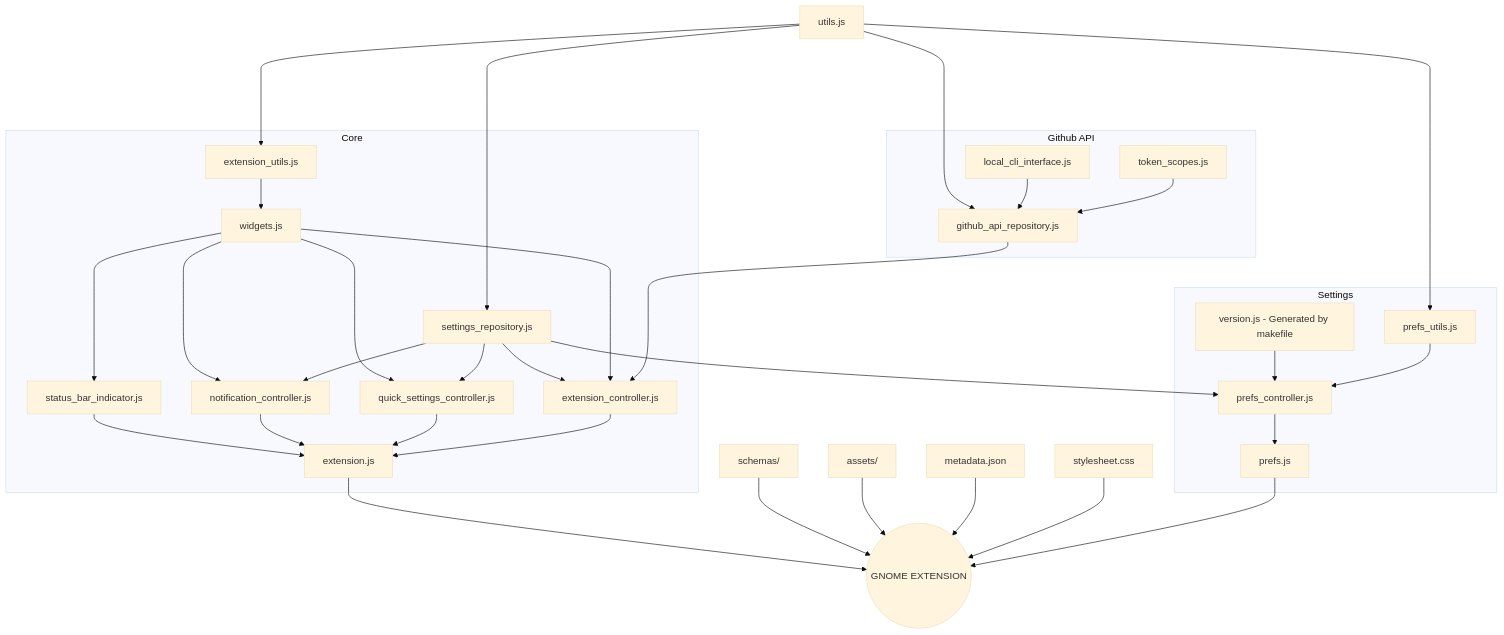
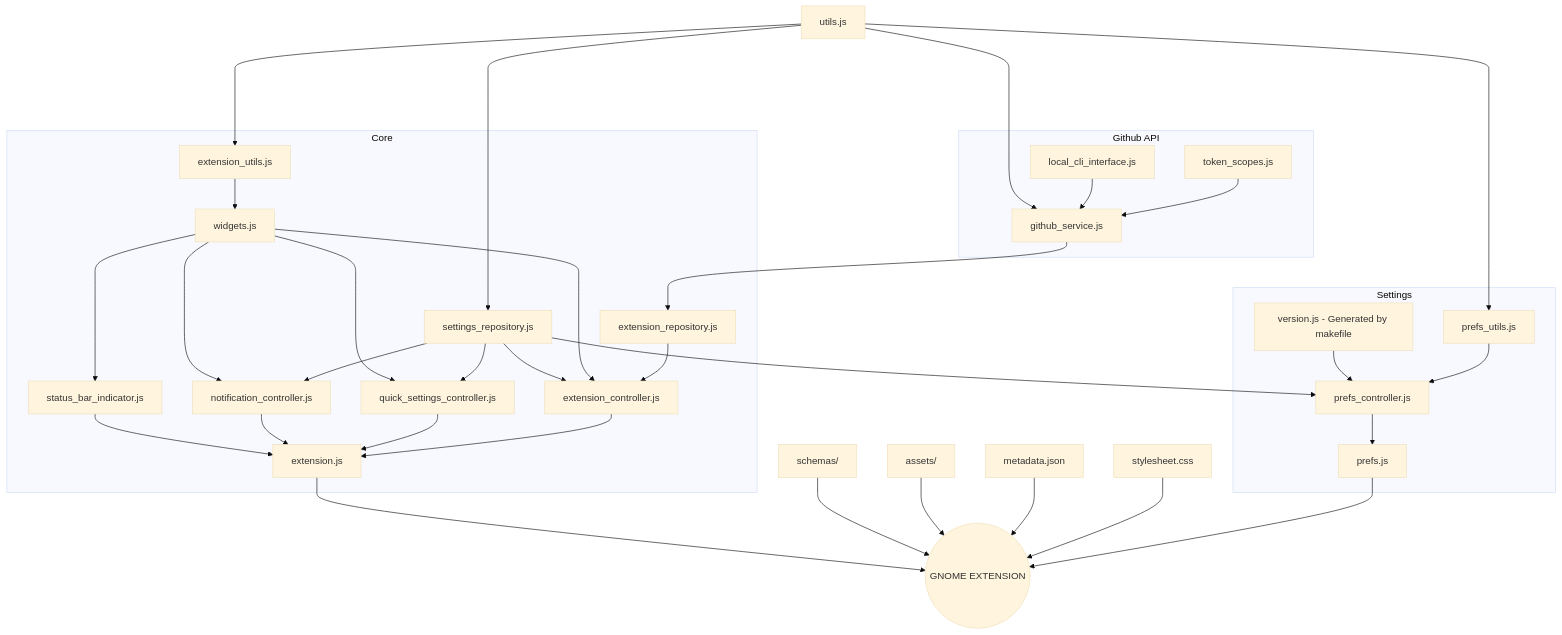
Before and after one commit to arononak/github-actions-gnome-extension: the diagram in README.md, drawn with Mermaid (base theme). The commit also changed other lines of this file and 4 other files, not shown here.

````diff
--- a/README.md
+++ b/README.md
@@ -33,57 +33,59 @@
 ```mermaid
 graph TD
     utils.js---->extension_utils.js
-    utils.js---->github_api_repository.js
+    utils.js---->github_service.js
     utils.js---->prefs_utils.js
     utils.js---->settings_repository.js
     extension_utils.js-->widgets.js
     widgets.js--->status_bar_indicator.js
     widgets.js--->quick_settings_controller.js
     widgets.js--->notification_controller.js
     settings_repository.js-->extension_controller.js
     widgets.js-->extension_controller.js
-    local_cli_interface.js-->github_api_repository.js
-    token_scopes.js-->github_api_repository.js
-    github_api_repository.js--->extension_controller.js
+    local_cli_interface.js-->github_service.js
+    token_scopes.js-->github_service.js
+    github_service.js-->extension_repository.js
+    extension_repository.js-->extension_controller.js
     settings_repository.js-->quick_settings_controller.js
     settings_repository.js-->notification_controller.js
     settings_repository.js-->prefs_controller.js
     version.js[version.js - Generated by makefile]-->prefs_controller.js
     prefs_utils.js-->prefs_controller.js
     prefs_controller.js-->prefs.js
     status_bar_indicator.js-->extension.js
     notification_controller.js-->extension.js
     quick_settings_controller.js-->extension.js
     extension_controller.js-->extension.js
     
     extension.js-->EXTENSION((GNOME EXTENSION))
     schemas/-->EXTENSION((GNOME EXTENSION))
     assets/-->EXTENSION((GNOME EXTENSION))
     metadata.json-->EXTENSION((GNOME EXTENSION))
     stylesheet.css-->EXTENSION((GNOME EXTENSION))
     prefs.js-->EXTENSION((GNOME EXTENSION))
 
     subgraph "Settings"
         version.js
         prefs.js
         prefs_controller.js
         prefs_utils.js
     end
 
     subgraph "Github API"
         token_scopes.js
         local_cli_interface.js
-        github_api_repository.js
+        github_service.js
     end
 
     subgraph "Core"
         extension.js
         extension_controller.js
         quick_settings_controller.js
         notification_controller.js
         status_bar_indicator.js
         settings_repository.js
         widgets.js
         extension_utils.js
+        extension_repository.js
     end
 ```
````
